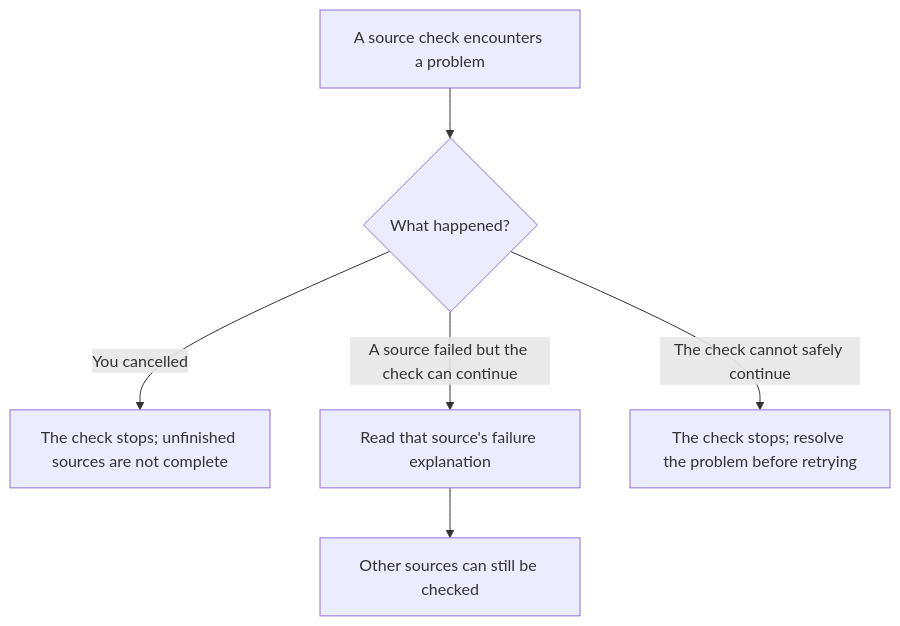
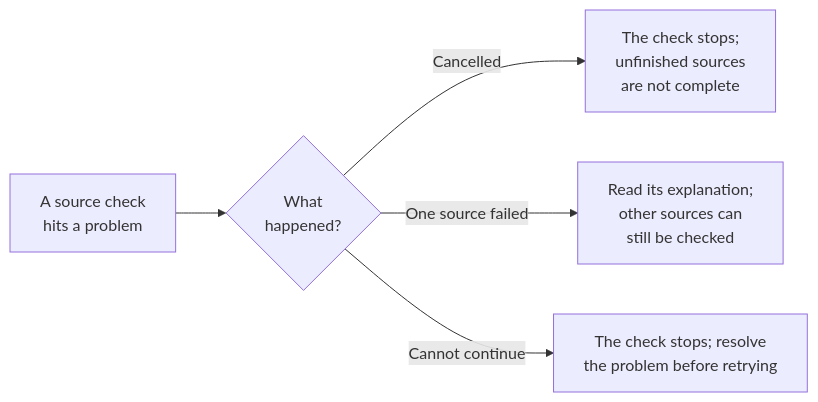
Before and after one commit to FancyCorey/komikku-fc: the fifth of 6 diagrams in docs/kmk/feature-guides/source-evaluation.md, drawn with Mermaid. The commit also changed other lines of this file and 93 other files, not shown here.

````diff
--- a/docs/kmk/feature-guides/source-evaluation.md
+++ b/docs/kmk/feature-guides/source-evaluation.md
@@ -216,8 +228,7 @@
 ```mermaid
-flowchart TD
-    Operation["A source check encounters a problem"] --> Kind{"What happened?"}
-    Kind -->|You cancelled| Stop["The check stops; unfinished sources are not complete"]
-    Kind -->|A source failed but the check can continue| Record["Read that source's failure explanation"]
-    Record --> Continue["Other sources can still be checked"]
-    Kind -->|The check cannot safely continue| Failed["The check stops; resolve the problem before retrying"]
+flowchart LR
+    Operation["A source check<br/>hits a problem"] --> Kind{"What<br/>happened?"}
+    Kind -->|Cancelled| Stop["The check stops;<br/>unfinished sources<br/>are not complete"]
+    Kind -->|One source failed| Record["Read its explanation;<br/>other sources can<br/>still be checked"]
+    Kind -->|Cannot continue| Failed["The check stops; resolve<br/>the problem before retrying"]
 ```
````
